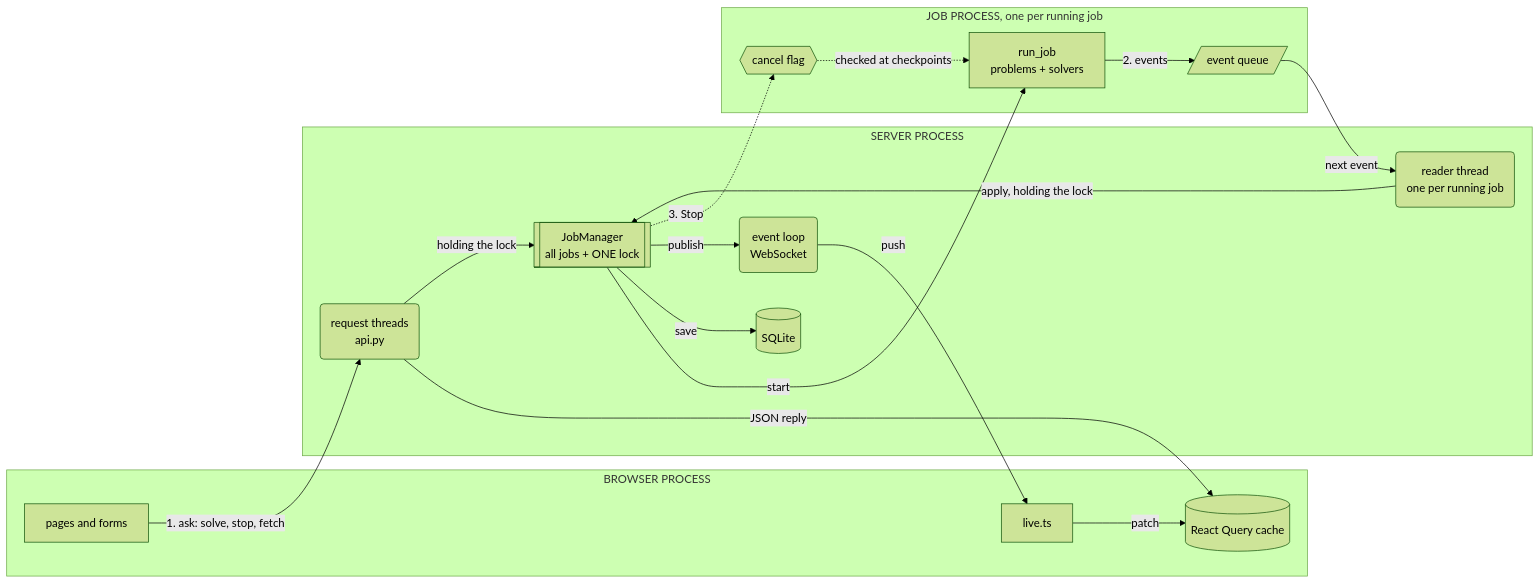
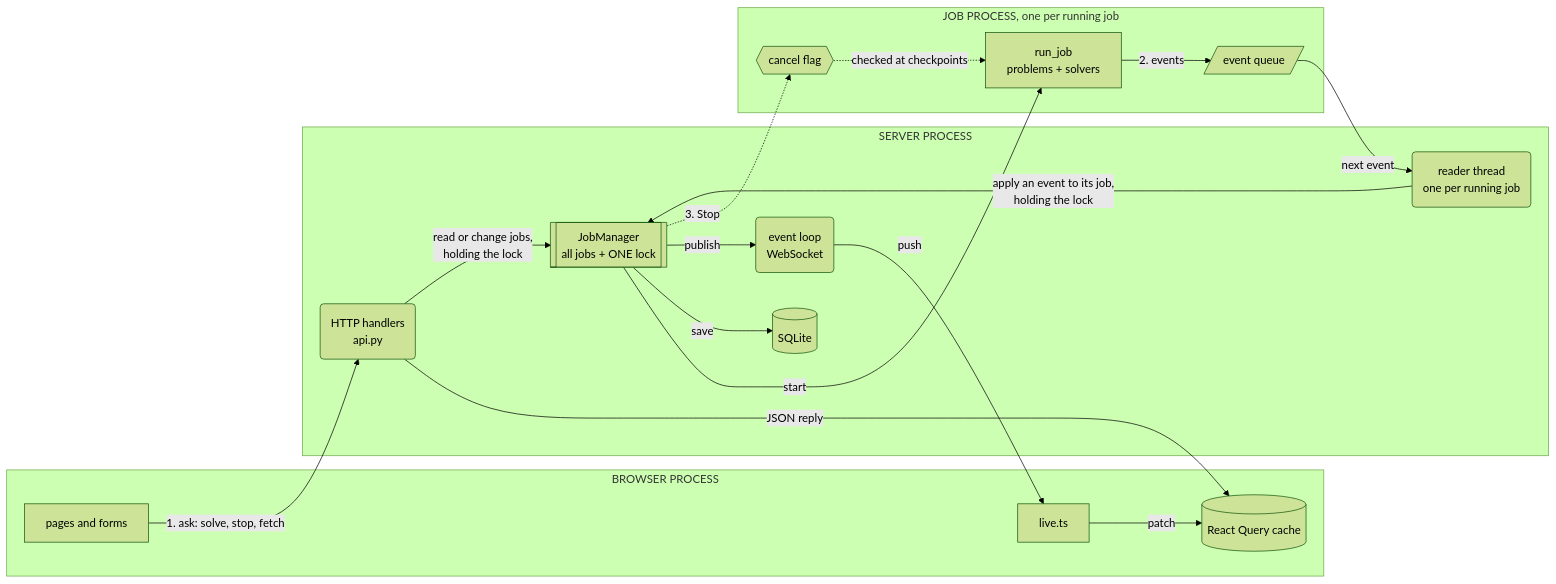
Before and after one commit to Aziyck/SATsolver: the first of 10 diagrams in docs/guide/architecture.md, drawn with Mermaid (forest theme). The commit also changed other lines of this file and 4 other files, not shown here.

````diff
--- a/docs/guide/architecture.md
+++ b/docs/guide/architecture.md
@@ -26,33 +26,33 @@
 ```mermaid
 flowchart LR
-    pages["pages and forms"] -- "1. ask: solve, stop, fetch" --> req("request threads<br/>api.py")
+    pages["pages and forms"] -- "1. ask: solve, stop, fetch" --> req("HTTP handlers<br/>api.py")
     req -- "JSON reply" --> cache[("React Query cache")]
-    req -- "holding the lock" --> jobs[["JobManager<br/>all jobs + ONE lock"]]
+    req -- "read or change jobs,<br/>holding the lock" --> jobs[["JobManager<br/>all jobs + ONE lock"]]
     jobs -- "start" --> worker["run_job<br/>problems + solvers"]
     worker -- "2. events" --> q[/"event queue"/]
     q -- "next event" --> reader("reader thread<br/>one per running job")
-    reader -- "apply, holding the lock" --> jobs
+    reader -- "apply an event to its job,<br/>holding the lock" --> jobs
     jobs -- "save" --> db[("SQLite")]
     jobs -- "publish" --> loop("event loop<br/>WebSocket")
     loop -- "push" --> live["live.ts"]
     live -- "patch" --> cache
     jobs -. "3. Stop" .-> flag{{"cancel flag"}}
     flag -. "checked at checkpoints" .-> worker
     subgraph browser["BROWSER PROCESS"]
         pages
         live
         cache
     end
     subgraph server["SERVER PROCESS"]
         req
         jobs
         reader
         loop
         db
     end
     subgraph jobp["JOB PROCESS, one per running job"]
         flag
         worker
         q
     end
 ```
````
